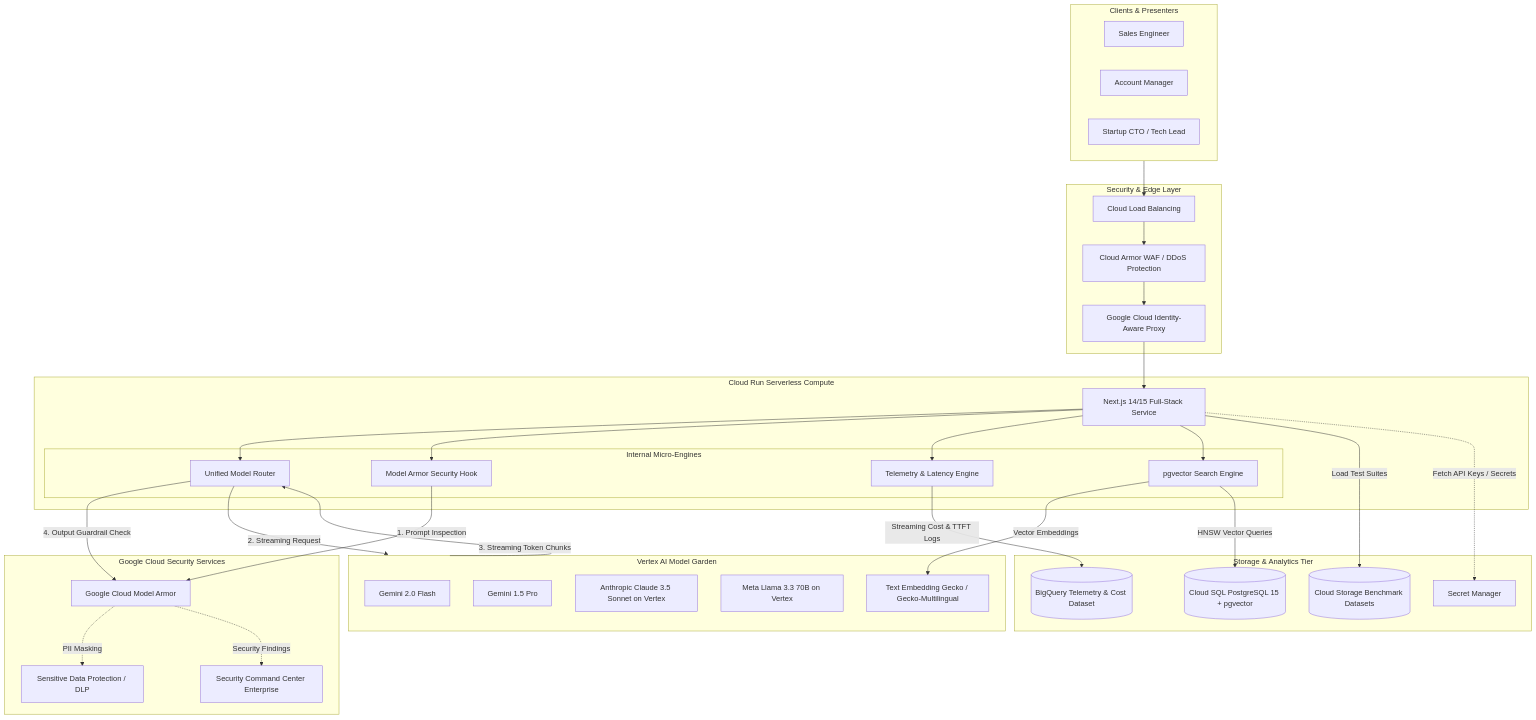
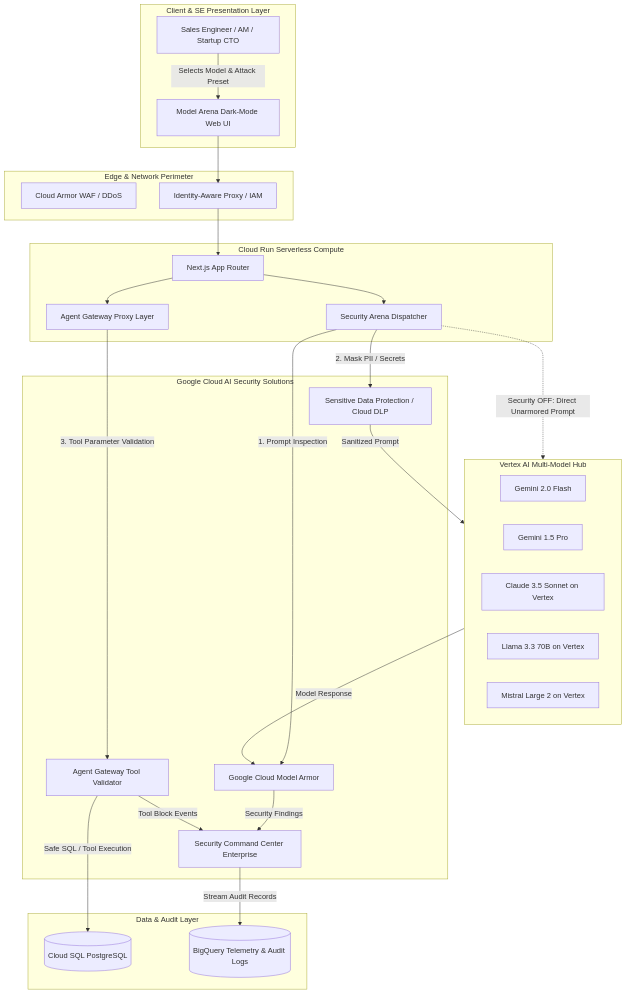
Before and after one commit to frankien-work/Model-Arena: the diagram in docs/ARCHITECTURE.md, drawn with Mermaid. The commit also changed other lines of this file and 17 other files, not shown here.

First line of the commit message:
feat: pivot to dedicated Google Cloud AI Security Sandbox (v1.1.0)

````diff
--- a/docs/ARCHITECTURE.md
+++ b/docs/ARCHITECTURE.md
@@ -11,69 +11,60 @@
 ```mermaid
 flowchart TB
-    subgraph Users [Clients & Presenters]
-        SE[Sales Engineer]
-        AM[Account Manager]
-        CTO[Startup CTO / Tech Lead]
+    subgraph ClientAndSE [Client & SE Presentation Layer]
+        User[Sales Engineer / AM / Startup CTO]
+        Browser[Model Arena Dark-Mode Web UI]
+        User -->|Selects Model & Attack Preset| Browser
     end
 
-    subgraph EdgeSecurity [Security & Edge Layer]
-        IAP[Google Cloud Identity-Aware Proxy]
-        CloudArmor[Cloud Armor WAF / DDoS Protection]
-        LB[Cloud Load Balancing]
+    subgraph EdgeAndNetwork [Edge & Network Perimeter]
+        CloudArmor[Cloud Armor WAF / DDoS]
+        IAP[Identity-Aware Proxy / IAM]
     end
 
-    subgraph ComputeLayer [Cloud Run Serverless Compute]
-        NextApp[Next.js 14/15 Full-Stack Service]
-        subgraph InternalEngines [Internal Micro-Engines]
-            ModelRouter[Unified Model Router]
-            SecurityHook[Model Armor Security Hook]
-            MetricsEngine[Telemetry & Latency Engine]
-            RAGEngine[pgvector Search Engine]
-        end
-        NextApp --> ModelRouter
-        NextApp --> SecurityHook
-        NextApp --> MetricsEngine
-        NextApp --> RAGEngine
+    subgraph CloudRunSvc [Cloud Run Serverless Compute]
+        AppUI[Next.js App Router]
+        SecRouter[Security Arena Dispatcher]
+        AgentProxy[Agent Gateway Proxy Layer]
+        AppUI --> SecRouter
+        AppUI --> AgentProxy
     end
 
-    subgraph SecurityServices [Google Cloud Security Services]
-        ModelArmorSvc[Google Cloud Model Armor]
-        DLP[Sensitive Data Protection / DLP]
+    subgraph DefenseInDepth [Google Cloud AI Security Solutions]
+        ModelArmor[Google Cloud Model Armor]
+        CloudDLP[Sensitive Data Protection / Cloud DLP]
+        AgentGW[Agent Gateway Tool Validator]
         SCCe[Security Command Center Enterprise]
     end
 
-    subgraph VertexAI [Vertex AI Model Garden]
+    subgraph VertexAIHub [Vertex AI Multi-Model Hub]
         GeminiFlash[Gemini 2.0 Flash]
         GeminiPro[Gemini 1.5 Pro]
-        ClaudeMaaS[Anthropic Claude 3.5 Sonnet on Vertex]
-        LlamaMaaS[Meta Llama 3.3 70B on Vertex]
-        GeckoEmbed[Text Embedding Gecko / Gecko-Multilingual]
+        ClaudeSonnet[Claude 3.5 Sonnet on Vertex]
+        Llama[Llama 3.3 70B on Vertex]
+        Mistral[Mistral Large 2 on Vertex]
     end
 
-    subgraph DataTier [Storage & Analytics Tier]
-        CloudSQL[(Cloud SQL PostgreSQL 15 + pgvector)]
-        BigQuery[(BigQuery Telemetry & Cost Dataset)]
-        GCS[(Cloud Storage Benchmark Datasets)]
-        SecretMgr[Secret Manager]
+    subgraph DataAndAudit [Data & Audit Layer]
+        CloudSQL[(Cloud SQL PostgreSQL)]
+        BigQuery[(BigQuery Telemetry & Audit Logs)]
     end
 
-    Users --> LB
-    LB --> CloudArmor
-    CloudArmor --> IAP
-    IAP --> NextApp
+    Browser --> IAP
+    IAP --> AppUI
 
-    SecurityHook -->|1. Prompt Inspection| ModelArmorSvc
-    ModelArmorSvc -.->|PII Masking| DLP
-    ModelArmorSvc -.->|Security Findings| SCCe
+    %% Left Pane: Guardrails OFF
+    SecRouter -.->|Security OFF: Direct Unarmored Prompt| VertexAIHub
 
-    ModelRouter -->|2. Streaming Request| VertexAI
-    VertexAI -->|3. Streaming Token Chunks| ModelRouter
-    ModelRouter -->|4. Output Guardrail Check| ModelArmorSvc
+    %% Right Pane: Guardrails ON
+    SecRouter -->|1. Prompt Inspection| ModelArmor
+    SecRouter -->|2. Mask PII / Secrets| CloudDLP
+    CloudDLP -->|Sanitized Prompt| VertexAIHub
+    VertexAIHub -->|Model Response| ModelArmor
+    AgentProxy -->|3. Tool Parameter Validation| AgentGW
+    AgentGW -->|Safe SQL / Tool Execution| CloudSQL
 
-    RAGEngine -->|Vector Embeddings| GeckoEmbed
-    RAGEngine -->|HNSW Vector Queries| CloudSQL
-
-    MetricsEngine -->|Streaming Cost & TTFT Logs| BigQuery
-    NextApp -->|Load Test Suites| GCS
-    NextApp -.->|Fetch API Keys / Secrets| SecretMgr
+    %% Audit Log Stream
+    ModelArmor -->|Security Findings| SCCe
+    AgentGW -->|Tool Block Events| SCCe
+    SCCe -->|Stream Audit Records| BigQuery
 ```
````
